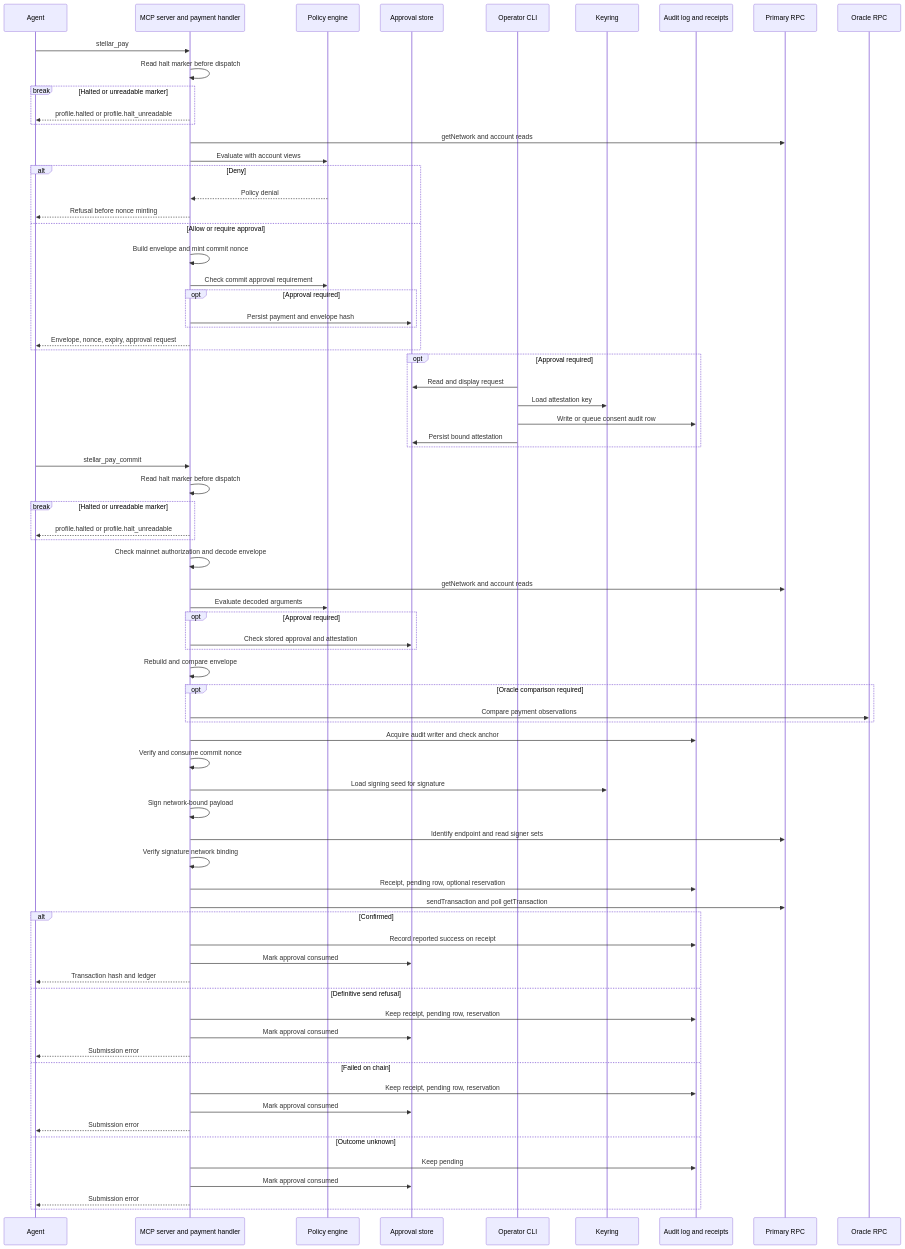
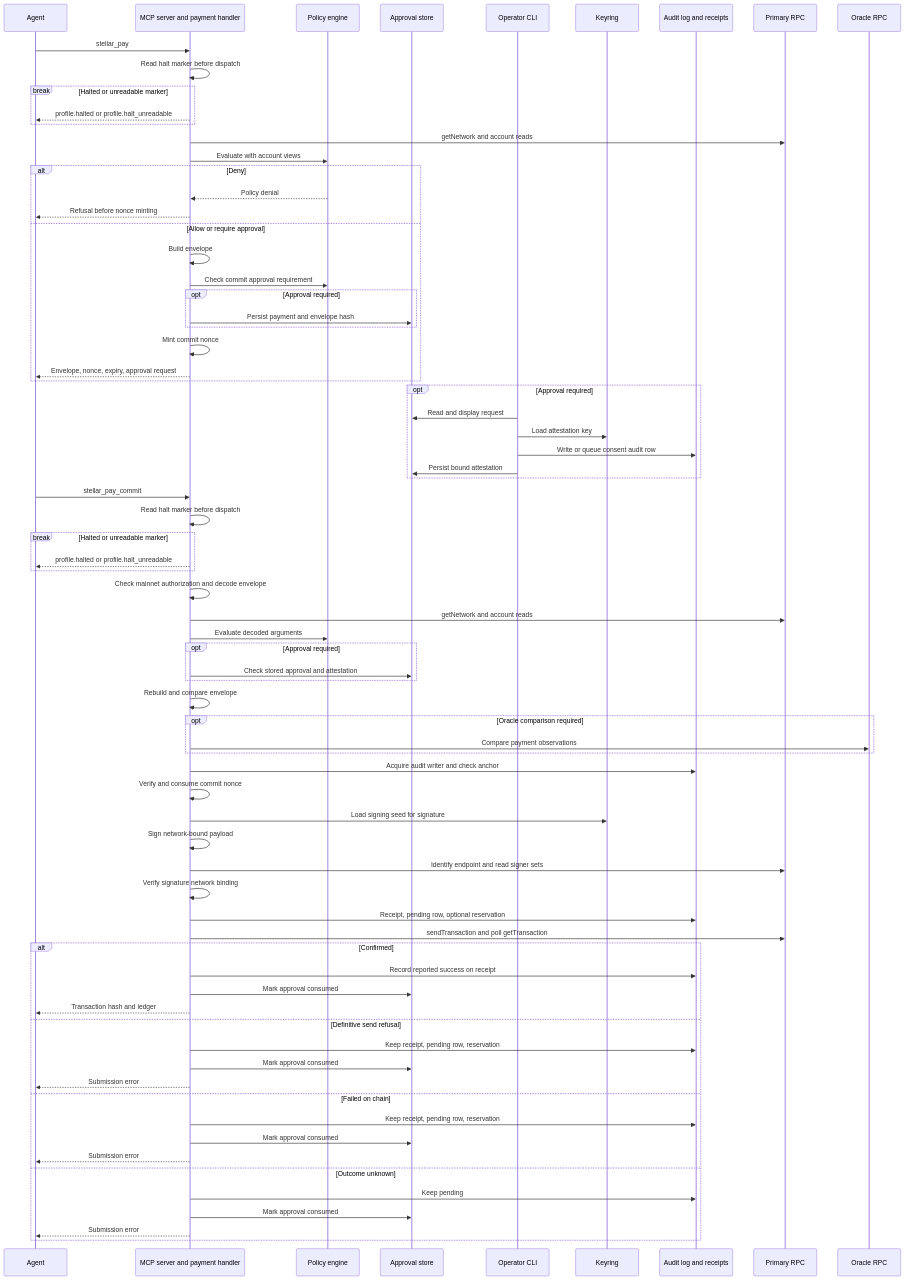
Before and after one commit to Soneso/stellar-agent-wallet: the second of 3 diagrams in docs/architecture.md, drawn with Mermaid. The commit also changed other lines of this file and 92 other files, not shown here.

````diff
--- a/docs/architecture.md
+++ b/docs/architecture.md
@@ -100,76 +100,77 @@
 ```mermaid
 sequenceDiagram
   participant A as Agent
   participant M as MCP server and payment handler
   participant P as Policy engine
   participant S as Approval store
   participant O as Operator CLI
   participant K as Keyring
   participant L as Audit log and receipts
   participant R as Primary RPC
   participant W as Oracle RPC
   A->>M: stellar_pay
   M->>M: Read halt marker before dispatch
   break Halted or unreadable marker
     M-->>A: profile.halted or profile.halt_unreadable
   end
   M->>R: getNetwork and account reads
   M->>P: Evaluate with account views
   alt Deny
     P-->>M: Policy denial
     M-->>A: Refusal before nonce minting
   else Allow or require approval
-    M->>M: Build envelope and mint commit nonce
+    M->>M: Build envelope
     M->>P: Check commit approval requirement
     opt Approval required
       M->>S: Persist payment and envelope hash
     end
+    M->>M: Mint commit nonce
     M-->>A: Envelope, nonce, expiry, approval request
   end
   opt Approval required
     O->>S: Read and display request
     O->>K: Load attestation key
     O->>L: Write or queue consent audit row
     O->>S: Persist bound attestation
   end
   A->>M: stellar_pay_commit
   M->>M: Read halt marker before dispatch
   break Halted or unreadable marker
     M-->>A: profile.halted or profile.halt_unreadable
   end
   M->>M: Check mainnet authorization and decode envelope
   M->>R: getNetwork and account reads
   M->>P: Evaluate decoded arguments
   opt Approval required
     M->>S: Check stored approval and attestation
   end
   M->>M: Rebuild and compare envelope
   opt Oracle comparison required
     M->>W: Compare payment observations
   end
   M->>L: Acquire audit writer and check anchor
   M->>M: Verify and consume commit nonce
   M->>K: Load signing seed for signature
   M->>M: Sign network-bound payload
   M->>R: Identify endpoint and read signer sets
   M->>M: Verify signature network binding
   M->>L: Receipt, pending row, optional reservation
   M->>R: sendTransaction and poll getTransaction
   alt Confirmed
     M->>L: Record reported success on receipt
     M->>S: Mark approval consumed
     M-->>A: Transaction hash and ledger
   else Definitive send refusal
     M->>L: Keep receipt, pending row, reservation
     M->>S: Mark approval consumed
     M-->>A: Submission error
   else Failed on chain
     M->>L: Keep receipt, pending row, reservation
     M->>S: Mark approval consumed
     M-->>A: Submission error
   else Outcome unknown
     M->>L: Keep pending
     M->>S: Mark approval consumed
     M-->>A: Submission error
   end
 ```
````
